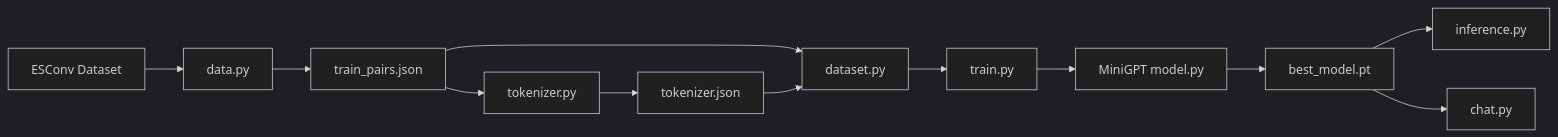
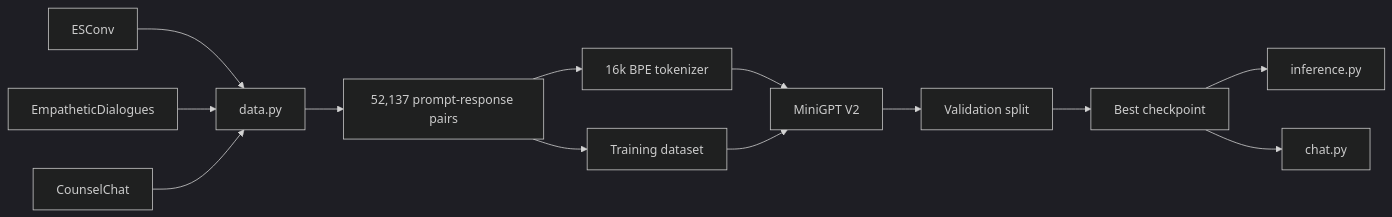
The diagram in README.md (MaheshReddy-ML/MiniGPT-Emotional-Support), drawn with Mermaid (dark theme) before and after one commit. The commit also changed other lines of this file and 9 other files, not shown here.

````diff
--- a/README.md
+++ b/README.md
@@ -81,14 +211,15 @@
 ```mermaid
 flowchart LR
-    A[ESConv Dataset] --> B[data.py]
-    B --> C[train_pairs.json]
-    C --> D[tokenizer.py]
-    D --> E[tokenizer.json]
-    C --> F[dataset.py]
-    E --> F
-    F --> G[train.py]
-    G --> H[MiniGPT model.py]
-    H --> I[best_model.pt]
-    I --> J[inference.py]
-    I --> K[chat.py]
+    A[ESConv] --> D[data.py]
+    B[EmpatheticDialogues] --> D
+    C[CounselChat] --> D
+    D --> E[52,137 prompt-response pairs]
+    E --> F[16k BPE tokenizer]
+    E --> G[Training dataset]
+    F --> H[MiniGPT V2]
+    G --> H
+    H --> I[Validation split]
+    I --> J[Best checkpoint]
+    J --> K[inference.py]
+    J --> L[chat.py]
 ```
````
